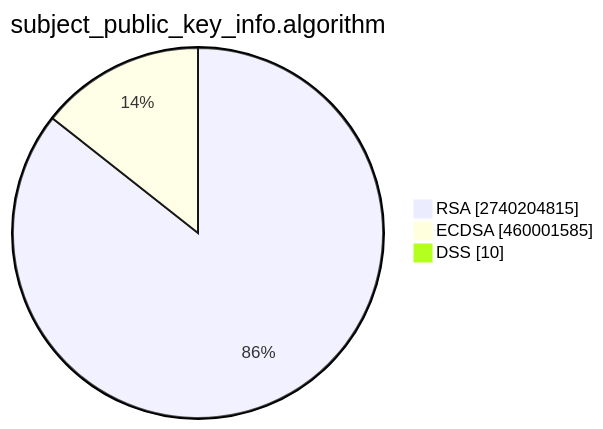
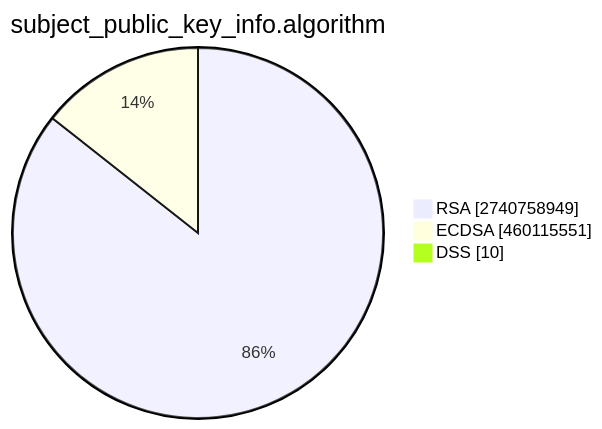
The second of 15 diagrams in TOTAL/README.md (christiankrug/ctmonitor_visualization), drawn with Mermaid before and after one commit. The commit also changed other lines of this file, not shown here.

````diff
--- a/TOTAL/README.md
+++ b/TOTAL/README.md
@@ -6,7 +6,7 @@
 ```mermaid
 pie showData
 title subject_public_key_info.algorithm
-"RSA" :2740204815
-"ECDSA" :460001585
+"RSA" :2740758949
+"ECDSA" :460115551
 "DSS" :10
 ```
````
